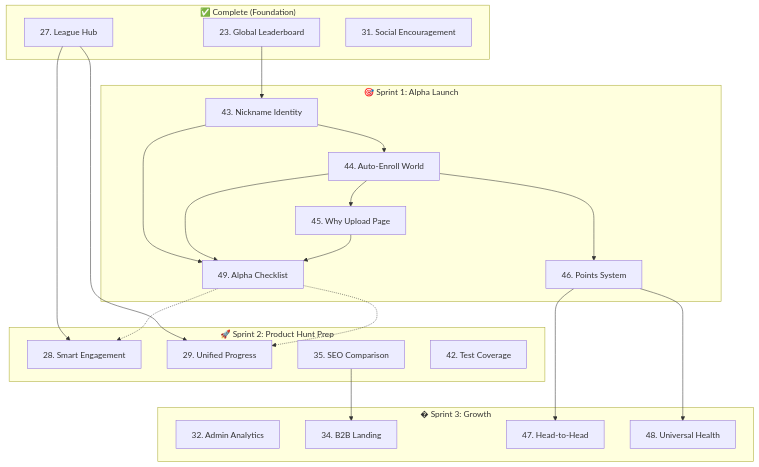
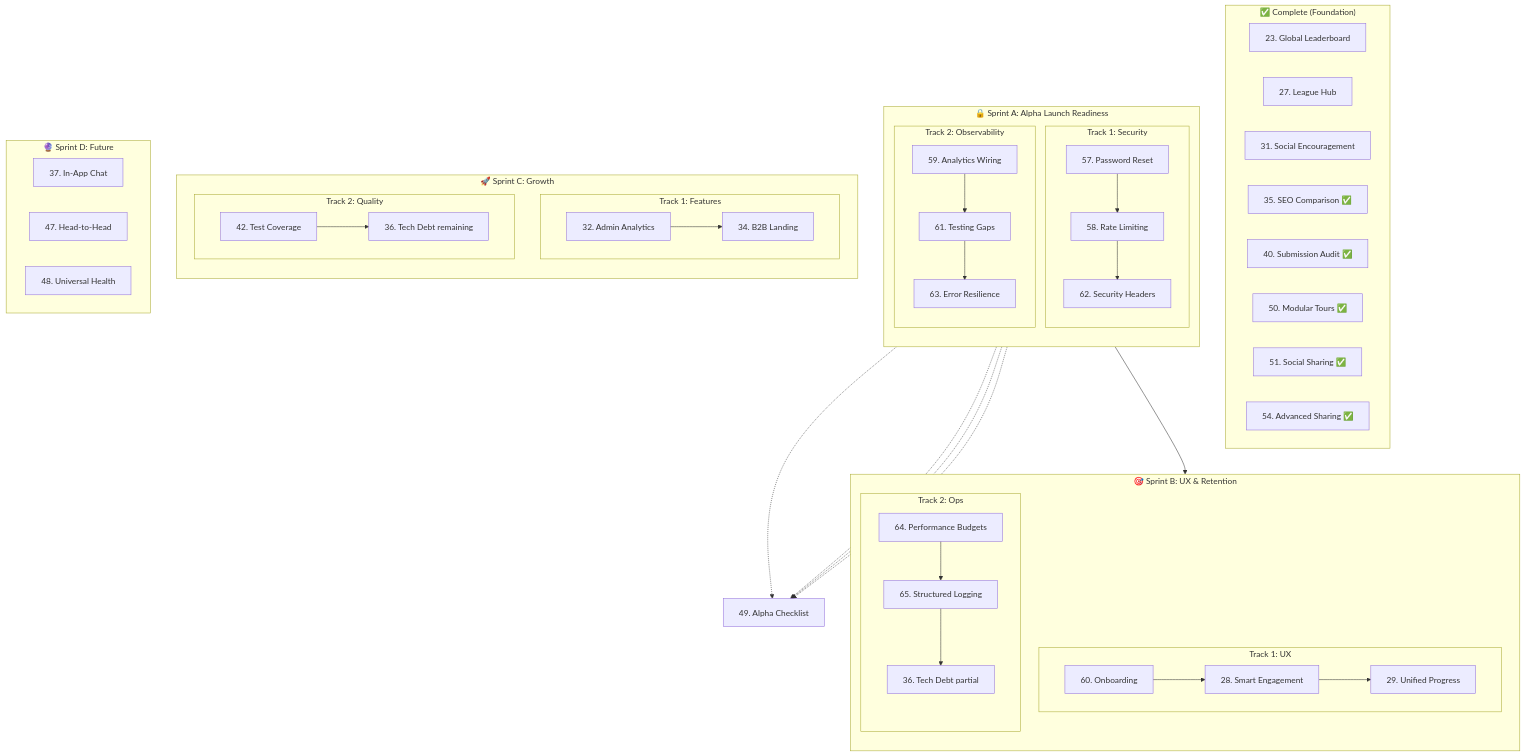
The diagram in docs/prds/admin-feedback-system/PRD_00_Index.md (vassovass/scl-v3), drawn with Mermaid before and after one commit. The commit also changed other lines of this file and 28 other files, not shown here.

````diff
--- a/docs/prds/admin-feedback-system/PRD_00_Index.md
+++ b/docs/prds/admin-feedback-system/PRD_00_Index.md
@@ -224,50 +278,72 @@
 ```mermaid
 graph TD
     subgraph "✅ Complete (Foundation)"
         PRD23[23. Global Leaderboard]
         PRD27[27. League Hub]
         PRD31[31. Social Encouragement]
+        PRD35[35. SEO Comparison ✅]
+        PRD40[40. Submission Audit ✅]
+        PRD50[50. Modular Tours ✅]
+        PRD51[51. Social Sharing ✅]
+        PRD54[54. Advanced Sharing ✅]
     end
 
-    subgraph "🎯 Sprint 1: Alpha Launch"
-        PRD43[43. Nickname Identity]
-        PRD44[44. Auto-Enroll World]
-        PRD45[45. Why Upload Page]
-        PRD46[46. Points System]
-        PRD49[49. Alpha Checklist]
+    subgraph "🔒 Sprint A: Alpha Launch Readiness"
+        direction TB
+        subgraph "Track 1: Security"
+            PRD57[57. Password Reset]
+            PRD58[58. Rate Limiting]
+            PRD62[62. Security Headers]
+            PRD57 --> PRD58 --> PRD62
+        end
+        subgraph "Track 2: Observability"
+            PRD59[59. Analytics Wiring]
+            PRD61[61. Testing Gaps]
+            PRD63[63. Error Resilience]
+            PRD59 --> PRD61 --> PRD63
+        end
     end
 
-    subgraph "🚀 Sprint 2: Product Hunt Prep"
-        PRD28[28. Smart Engagement]
-        PRD29[29. Unified Progress]
-        PRD35[35. SEO Comparison]
-        PRD42[42. Test Coverage]
+    subgraph "🎯 Sprint B: UX & Retention"
+        direction TB
+        subgraph "Track 1: UX"
+            PRD60[60. Onboarding]
+            PRD28[28. Smart Engagement]
+            PRD29[29. Unified Progress]
+            PRD60 --> PRD28 --> PRD29
+        end
+        subgraph "Track 2: Ops"
+            PRD64[64. Performance Budgets]
+            PRD65[65. Structured Logging]
+            PRD36a[36. Tech Debt partial]
+            PRD64 --> PRD65 --> PRD36a
+        end
     end
 
-    subgraph "� Sprint 3: Growth"
-        PRD32[32. Admin Analytics]
-        PRD34[34. B2B Landing]
+    subgraph "🚀 Sprint C: Growth"
+        direction TB
+        subgraph "Track 1: Features"
+            PRD32[32. Admin Analytics]
+            PRD34[34. B2B Landing]
+            PRD32 --> PRD34
+        end
+        subgraph "Track 2: Quality"
+            PRD42[42. Test Coverage]
+            PRD36b[36. Tech Debt remaining]
+            PRD42 --> PRD36b
+        end
+    end
+
+    subgraph "🔮 Sprint D: Future"
+        PRD37[37. In-App Chat]
         PRD47[47. Head-to-Head]
         PRD48[48. Universal Health]
     end
 
-    %% Sprint 1 Dependencies
-    PRD23 --> PRD43
-    PRD43 --> PRD44
-    PRD44 --> PRD45
-    PRD44 --> PRD46
-    PRD43 --> PRD49
-    PRD44 --> PRD49
-    PRD45 --> PRD49
-
-    %% Sprint 2 Dependencies
-    PRD27 --> PRD28
-    PRD27 --> PRD29
-    PRD49 -.-> PRD28
-    PRD49 -.-> PRD29
-
-    %% Sprint 3 Dependencies
-    PRD46 --> PRD47
-    PRD46 --> PRD48
-    PRD35 --> PRD34
+    %% Cross-sprint dependencies
+    PRD59 --> PRD64
+    PRD62 -.-> PRD49[49. Alpha Checklist]
+    PRD63 -.-> PRD49
+    PRD57 -.-> PRD49
+    PRD58 -.-> PRD49
 ```
````
